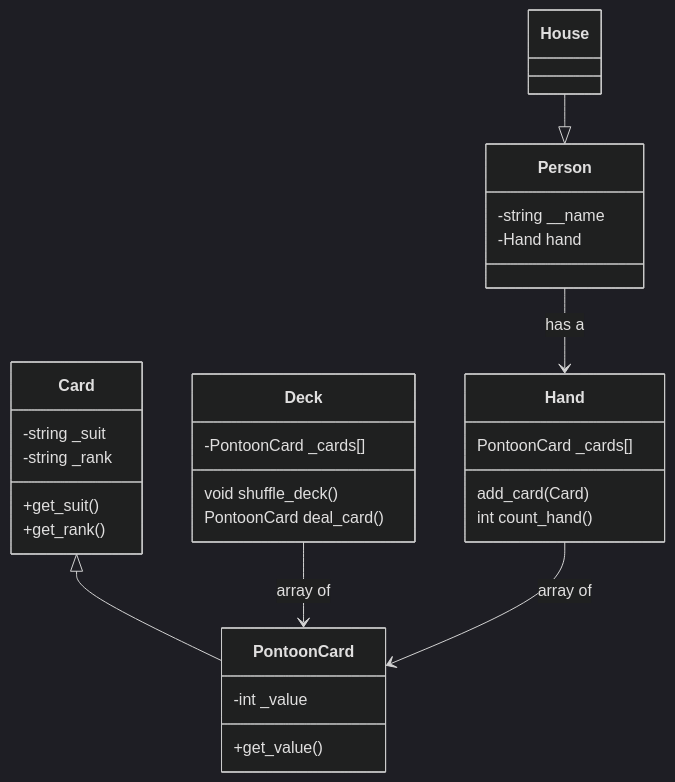
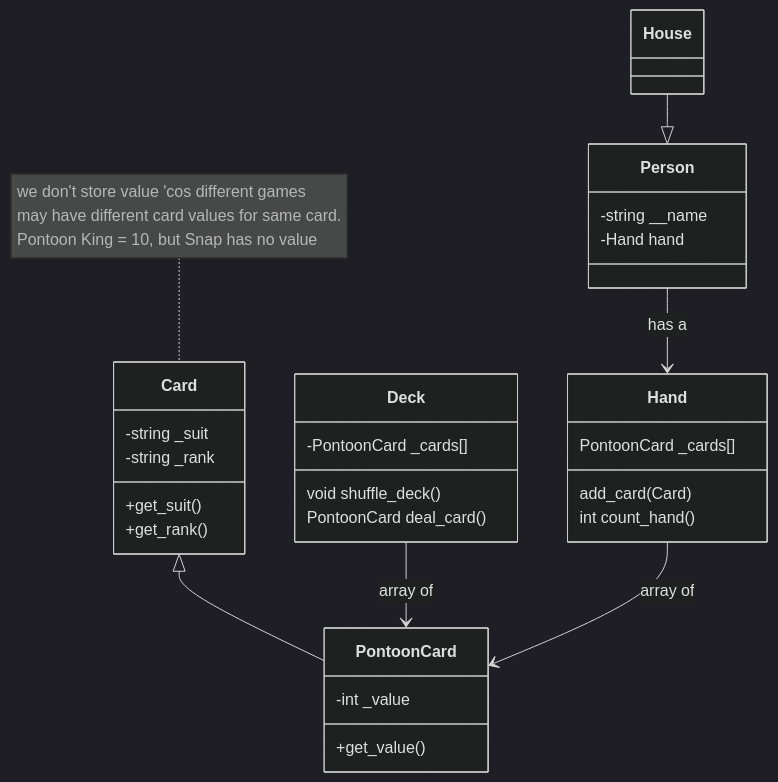
Before and after one commit to godziller/pontoon: the diagram in README.md, drawn with Mermaid (dark theme).

Commit message:
Added some notes

````diff
--- a/README.md
+++ b/README.md
@@ -17,39 +17,42 @@
 ```mermaid
 
 classDiagram
     Card <|-- PontoonCard
     Deck --> PontoonCard: array of
     Hand --> PontoonCard: array of
     Person --> Hand: has a
     House --|> Person
+    note for Card "we don't store value 'cos different games
+        may have different card values for same card.
+        Pontoon King = 10, but Snap has no value"
     class Card{
         -string _suit
         -string _rank
         +get_suit()
         +get_rank()
     }
     class PontoonCard{
         -int _value
 
         +get_value()
     }
     class Deck{
     -PontoonCard _cards[]
     void shuffle_deck()
     PontoonCard deal_card()
     }
     class Hand{
         PontoonCard _cards[]
         add_card(Card)
         int count_hand()
     }
     class Person{
         -string __name
         -Hand hand
     }
     class House{
         
     }
     
 
 ```
````
